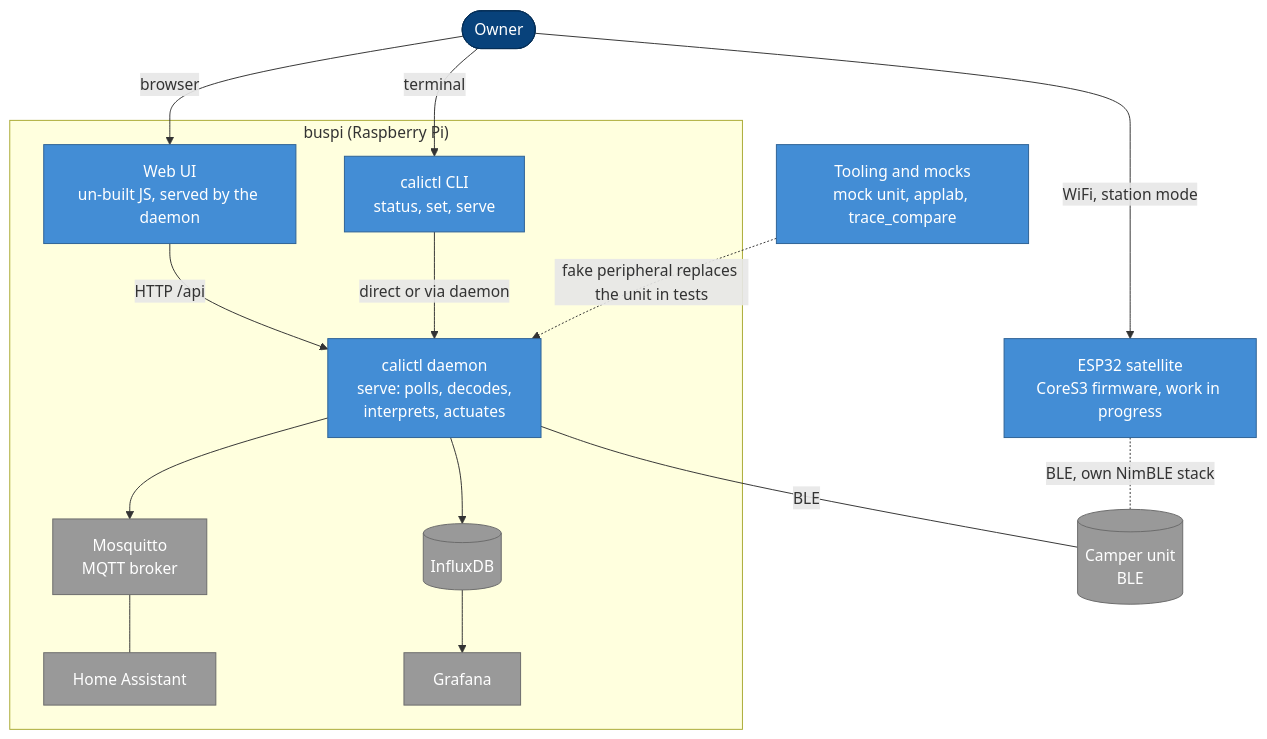
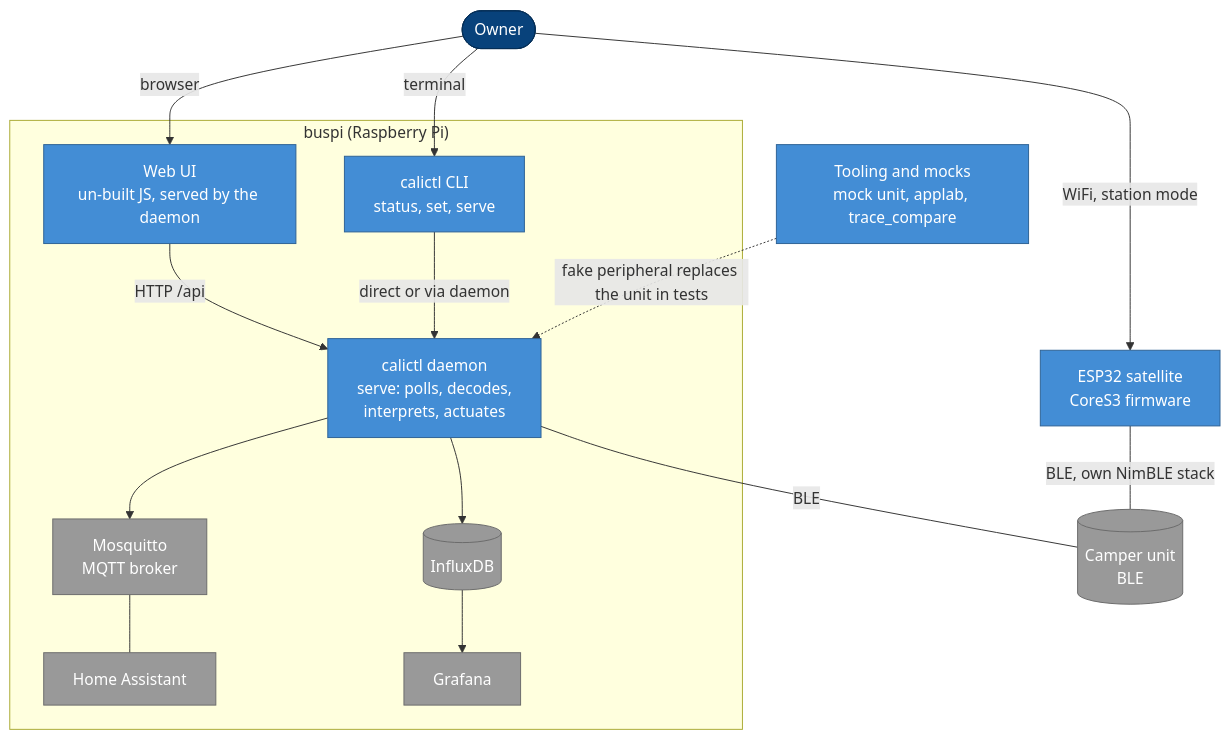
The second of 7 diagrams in ARCHITECTURE.md (ckeller42/open-california), drawn with Mermaid before and after one commit. The commit also changed other lines of this file and 7 other files, not shown here.

First line of the commit message:
docs: the unit serves several centrals; ESP satellite on the real unit; drop stale status (#289)

````diff
--- a/ARCHITECTURE.md
+++ b/ARCHITECTURE.md
@@ -103,34 +112,34 @@
 ```mermaid
 flowchart TB
   owner(["Owner"])
   unit[("Camper unit<br/>BLE")]
   subgraph pi["buspi (Raspberry Pi)"]
     daemon["calictl daemon<br/>serve: polls, decodes,<br/>interprets, actuates"]
     webui["Web UI<br/>un-built JS, served by the daemon"]
     cli["calictl CLI<br/>status, set, serve"]
     mqtt["Mosquitto<br/>MQTT broker"]
     ha["Home Assistant"]
     idb[("InfluxDB")]
     graf["Grafana"]
   end
-  esp["ESP32 satellite<br/>CoreS3 firmware, work in progress"]
+  esp["ESP32 satellite<br/>CoreS3 firmware"]
   tools["Tooling and mocks<br/>mock unit, applab, trace_compare"]
   owner -->|browser| webui
   owner -->|terminal| cli
   webui -->|HTTP /api| daemon
   cli -->|direct or via daemon| daemon
   daemon ---|BLE| unit
   daemon --> mqtt
   mqtt --- ha
   daemon --> idb
   idb --> graf
-  esp -.-|BLE, own NimBLE stack| unit
+  esp ---|BLE, own NimBLE stack| unit
   owner -->|WiFi, station mode| esp
   tools -.->|fake peripheral replaces the unit in tests| daemon
   classDef person fill:#08427b,color:#fff,stroke:#052e56
   classDef container fill:#438dd5,color:#fff,stroke:#2e6295
   classDef ext fill:#999,color:#fff,stroke:#6b6b6b
   class owner person
   class daemon,webui,cli,esp,tools container
   class unit,mqtt,ha,idb,graf ext
 ```
````
